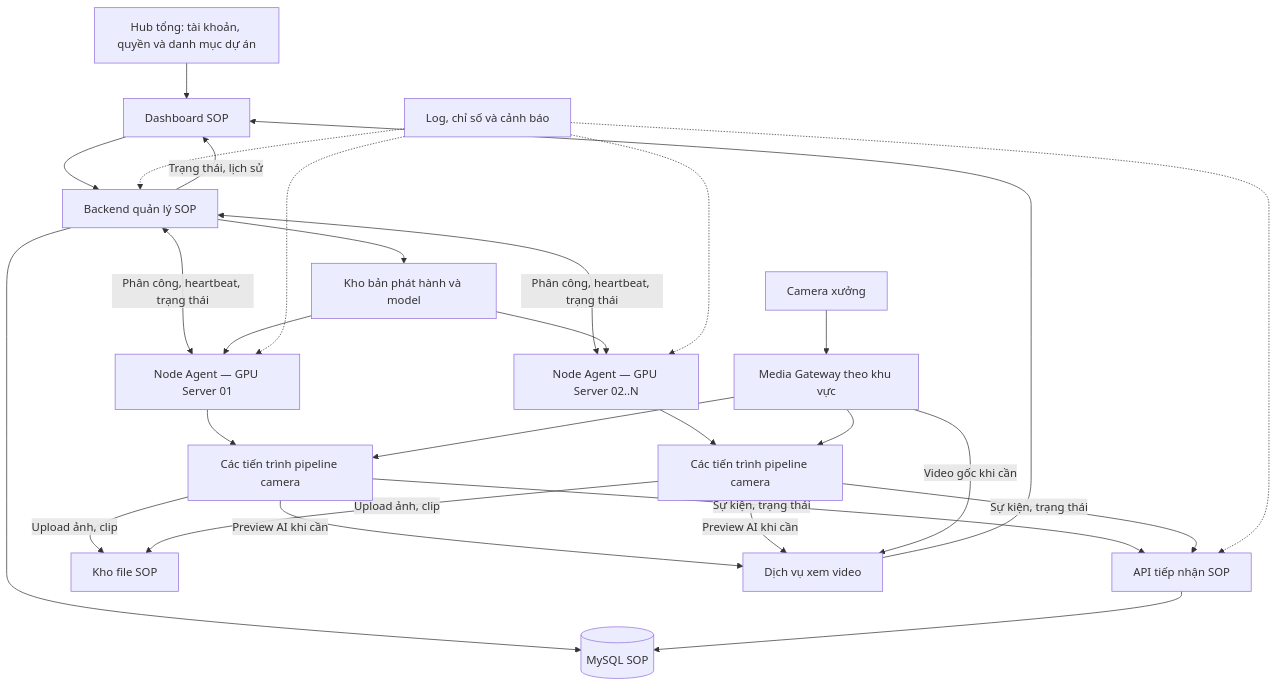
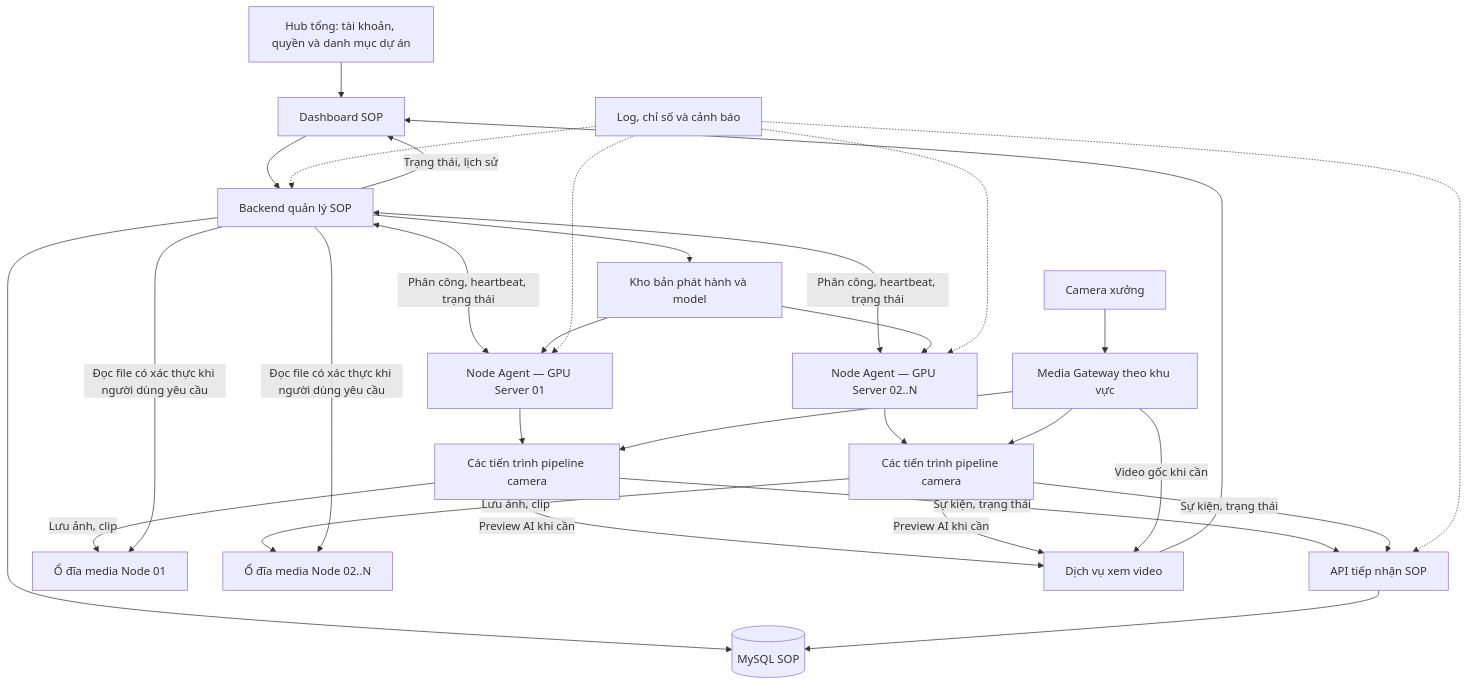
The diagram in distributed_setup_guide.md (AnhMinhh12/sop), drawn with Mermaid before and after one commit. The commit also changed other lines of this file, not shown here.

````diff
--- a/distributed_setup_guide.md
+++ b/distributed_setup_guide.md
@@ -42,35 +42,37 @@
 ```mermaid
 flowchart TB
     HUB[Hub tổng: tài khoản, quyền và danh mục dự án]
     HUB --> UI[Dashboard SOP]
     UI --> API[Backend quản lý SOP]
     API --> DB[(MySQL SOP)]
     API --> ART[Kho bản phát hành và model]
 
     API <-->|Phân công, heartbeat, trạng thái| A1[Node Agent — GPU Server 01]
     API <-->|Phân công, heartbeat, trạng thái| A2[Node Agent — GPU Server 02..N]
     A1 --> P1[Các tiến trình pipeline camera]
     A2 --> P2[Các tiến trình pipeline camera]
     ART --> A1
     ART --> A2
 
     CAM[Camera xưởng] --> GW[Media Gateway theo khu vực]
     GW --> P1
     GW --> P2
     P1 -->|Sự kiện, trạng thái| IN[API tiếp nhận SOP]
     P2 -->|Sự kiện, trạng thái| IN
     IN --> DB
-    P1 -->|Upload ảnh, clip| FILE[Kho file SOP]
-    P2 -->|Upload ảnh, clip| FILE
+    P1 -->|Lưu ảnh, clip| F1[Ổ đĩa media Node 01]
+    P2 -->|Lưu ảnh, clip| F2[Ổ đĩa media Node 02..N]
+    API -->|Đọc file có xác thực khi người dùng yêu cầu| F1
+    API -->|Đọc file có xác thực khi người dùng yêu cầu| F2
 
     P1 -->|Preview AI khi cần| VIEW[Dịch vụ xem video]
     P2 -->|Preview AI khi cần| VIEW
     GW -->|Video gốc khi cần| VIEW
     VIEW --> UI
     API -->|Trạng thái, lịch sử| UI
 
     OBS[Log, chỉ số và cảnh báo] -.-> API
     OBS -.-> A1
     OBS -.-> A2
     OBS -.-> IN
 ```
````
